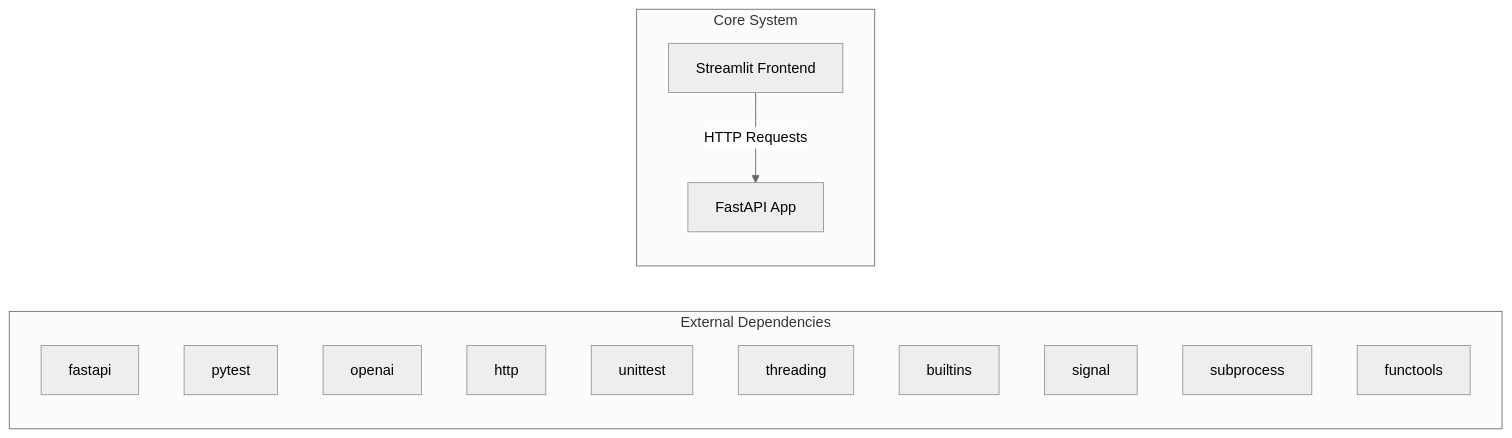
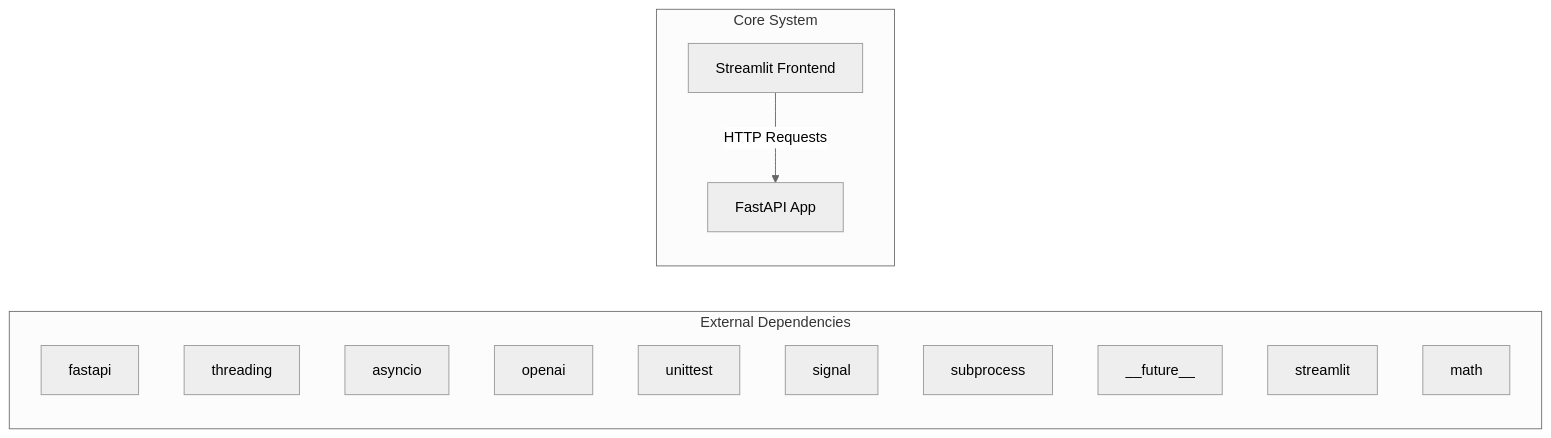
The first of 2 diagrams in docs/architecture.md (NITISH-R-G/rag-context-optimizer), drawn with Mermaid (neutral theme) before and after one commit. The commit also changed 1 other file, not shown here.

Commit message:
docs: auto-update repository knowledge, architecture diagrams, and documentation

````diff
--- a/docs/architecture.md
+++ b/docs/architecture.md
@@ -7,20 +7,20 @@
 ```mermaid
 graph LR
     subgraph External Dependencies
         E0["fastapi"]
-        E1["pytest"]
-        E2["openai"]
-        E3["http"]
+        E1["threading"]
+        E2["asyncio"]
+        E3["openai"]
         E4["unittest"]
-        E5["threading"]
-        E6["builtins"]
-        E7["signal"]
-        E8["subprocess"]
-        E9["functools"]
+        E5["signal"]
+        E6["subprocess"]
+        E7["__future__"]
+        E8["streamlit"]
+        E9["math"]
     end
     subgraph Core System
         API["FastAPI App"]
         UI["Streamlit Frontend"]
     end
     UI -->|HTTP Requests| API
 ```
````
